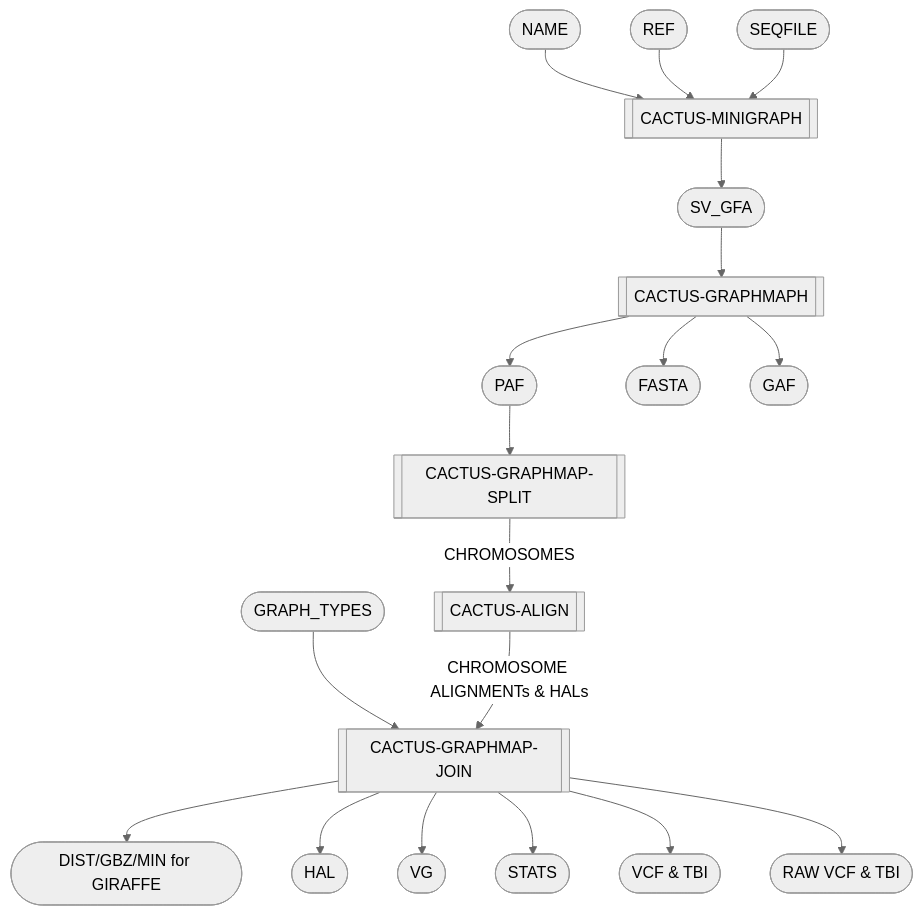
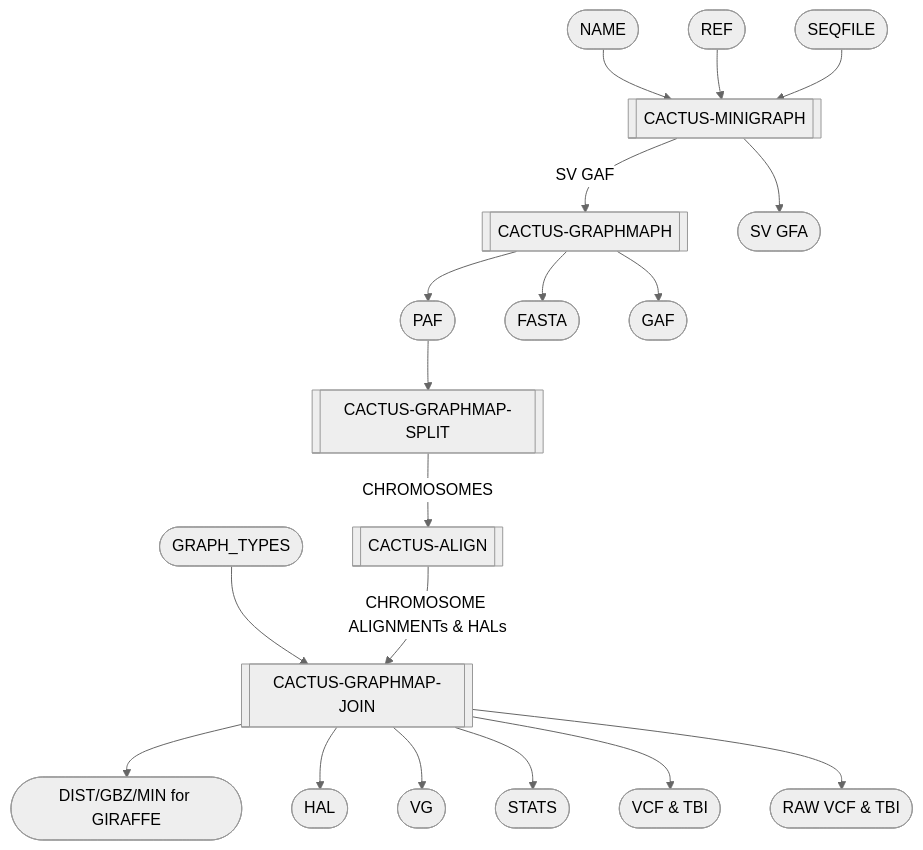
Before and after one commit to twlab/cig-pipelines: the diagram in wdl/pipelines/pangenome/mcgb.doc.md, drawn with Mermaid (neutral theme).

````diff
--- a/wdl/pipelines/pangenome/mcgb.doc.md
+++ b/wdl/pipelines/pangenome/mcgb.doc.md
@@ -6,31 +6,31 @@
 ```mermaid
   flowchart TB;
       i1([NAME]);
       i2([REF]);
       i3([SEQFILE]);
       i4([GRAPH_TYPES]);
 
       s1[[CACTUS-MINIGRAPH]];
       s2[[CACTUS-GRAPHMAPH]];
       s3[[CACTUS-GRAPHMAP-SPLIT]];
       s4[[CACTUS-ALIGN]];
       s5[[CACTUS-GRAPHMAP-JOIN]];
 
-      o11([SV_GFA]);
+      o11([SV GFA]);
       o21([PAF]);
       o22([FASTA]);
       o23([GAF]);
       o51([DIST/GBZ/MIN for GIRAFFE]);
       o52([HAL]);
       o53([VG]);
       o55([STATS]);
       o56([VCF & TBI]);
       o57([RAW VCF & TBI]);
 
       i1-->s1; i2-->s1; i3-->s1; s1-->o11;
-      o11-->s2; s2-->o21; s2-->o22; s2-->o23;
+      s1--SV GAF-->s2; s2-->o21; s2-->o22; s2-->o23;
       o21-->s3;
       s3--CHROMOSOMES-->s4;
       i4-->s5; s4--CHROMOSOME ALIGNMENTs & HALs -->s5;
       s5-->o51; s5-->o52; s5-->o53; s5-->o55; s5-->o56; s5-->o57; 
 ```
````
